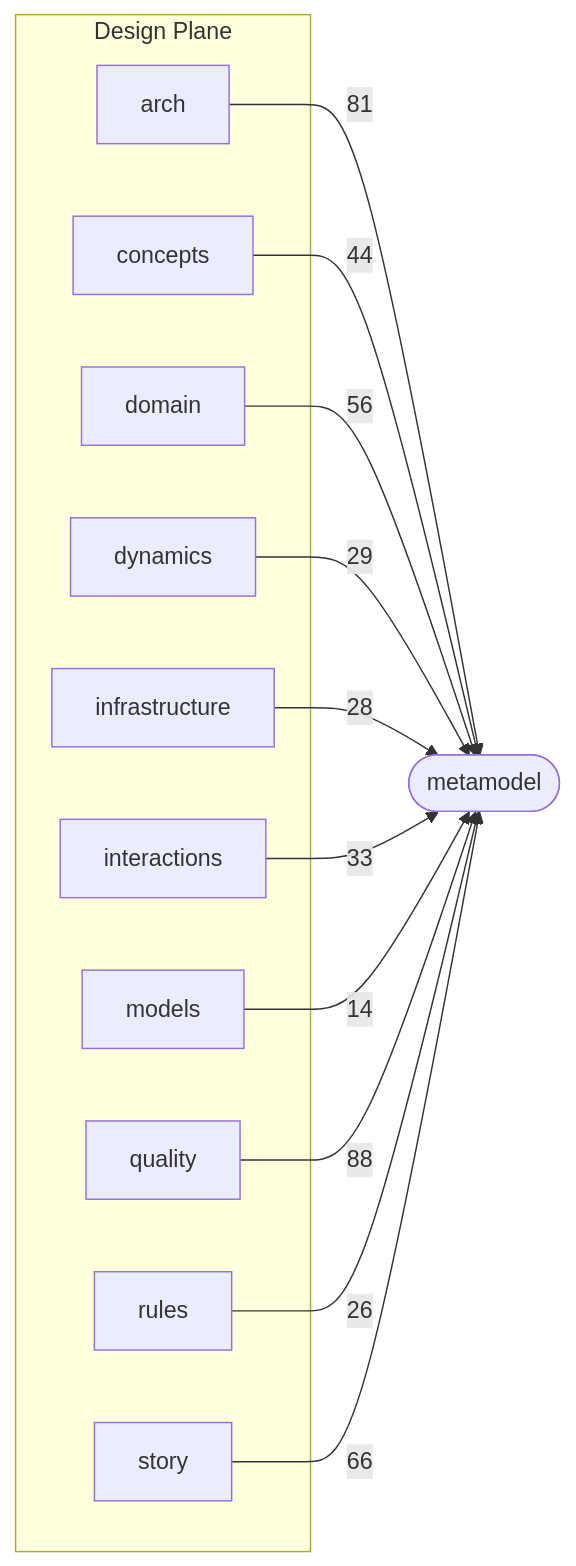
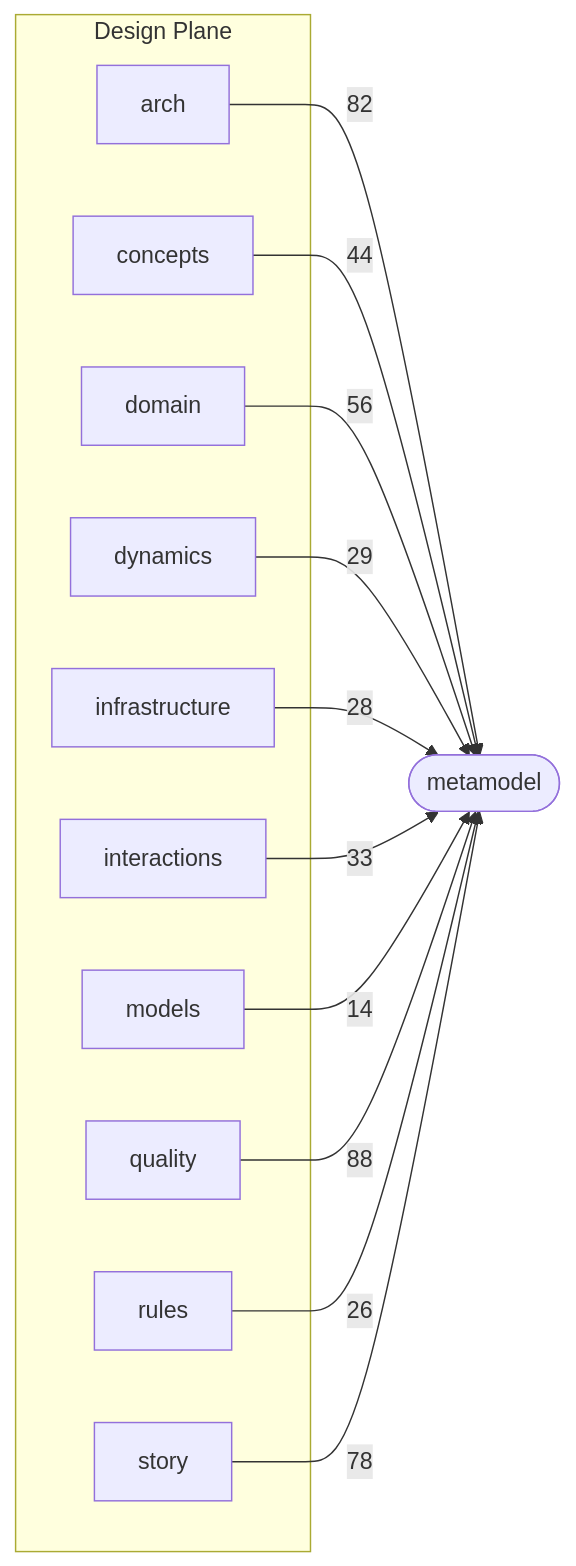
The second of 3 diagrams in docs/schema-atlas/v2.8/layer-map.md (Archally/blueprint-schema), drawn with Mermaid before and after one commit. The commit also changed other lines of this file and 153 other files, not shown here.

Commit message:
Blueprint Schema: the 2.8 line reaches 2.8.88

````diff
--- a/docs/schema-atlas/v2.8/layer-map.md
+++ b/docs/schema-atlas/v2.8/layer-map.md
@@ -95,26 +95,26 @@
 ```mermaid
 graph LR
     subgraph design_plane["Design Plane"]
         design_arch_schema_yaml["arch"]
         design_concepts_schema_yaml["concepts"]
         design_domain_schema_yaml["domain"]
         design_dynamics_schema_yaml["dynamics"]
         design_infrastructure_schema_yaml["infrastructure"]
         design_interactions_schema_yaml["interactions"]
         design_models_schema_yaml["models"]
         design_quality_schema_yaml["quality"]
         design_rules_schema_yaml["rules"]
         design_story_schema_yaml["story"]
     end
     metamodel_schema_yaml(["metamodel"])
-    design_arch_schema_yaml -->|81| metamodel_schema_yaml
+    design_arch_schema_yaml -->|82| metamodel_schema_yaml
     design_concepts_schema_yaml -->|44| metamodel_schema_yaml
     design_domain_schema_yaml -->|56| metamodel_schema_yaml
     design_dynamics_schema_yaml -->|29| metamodel_schema_yaml
     design_infrastructure_schema_yaml -->|28| metamodel_schema_yaml
     design_interactions_schema_yaml -->|33| metamodel_schema_yaml
     design_models_schema_yaml -->|14| metamodel_schema_yaml
     design_quality_schema_yaml -->|88| metamodel_schema_yaml
     design_rules_schema_yaml -->|26| metamodel_schema_yaml
-    design_story_schema_yaml -->|66| metamodel_schema_yaml
+    design_story_schema_yaml -->|78| metamodel_schema_yaml
 ```
````
